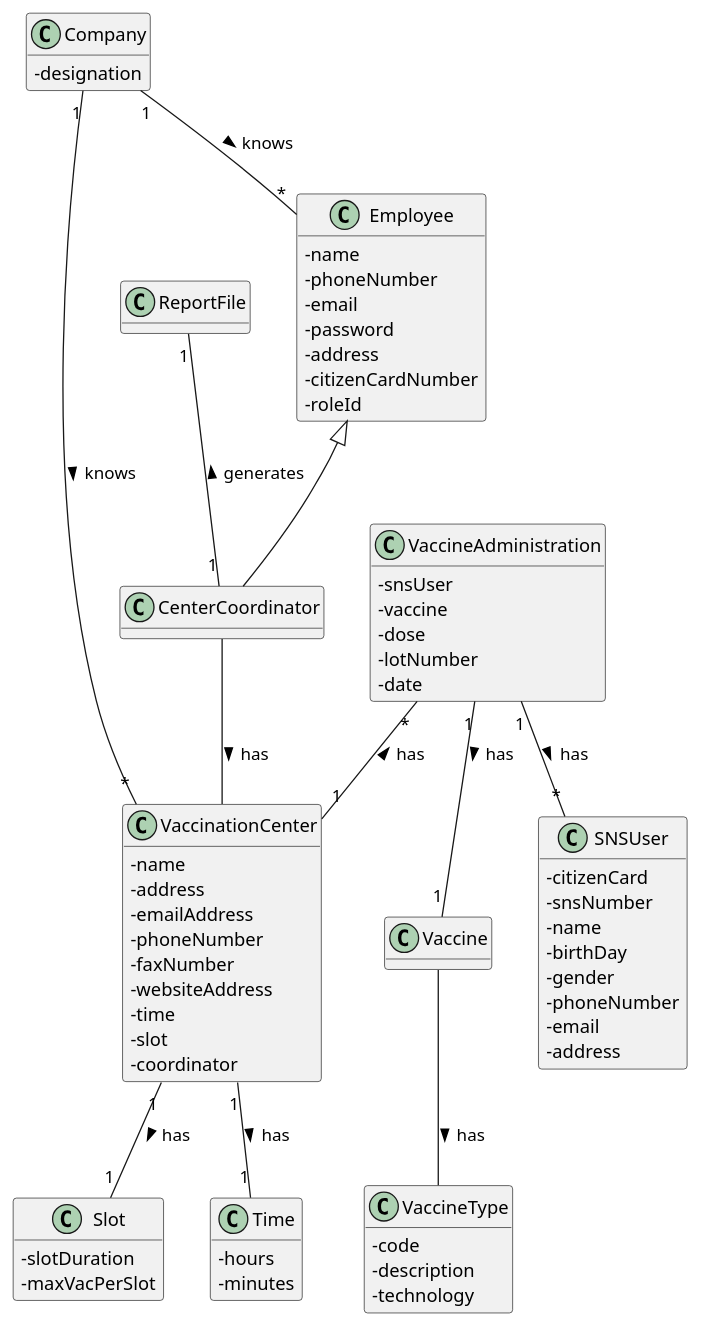
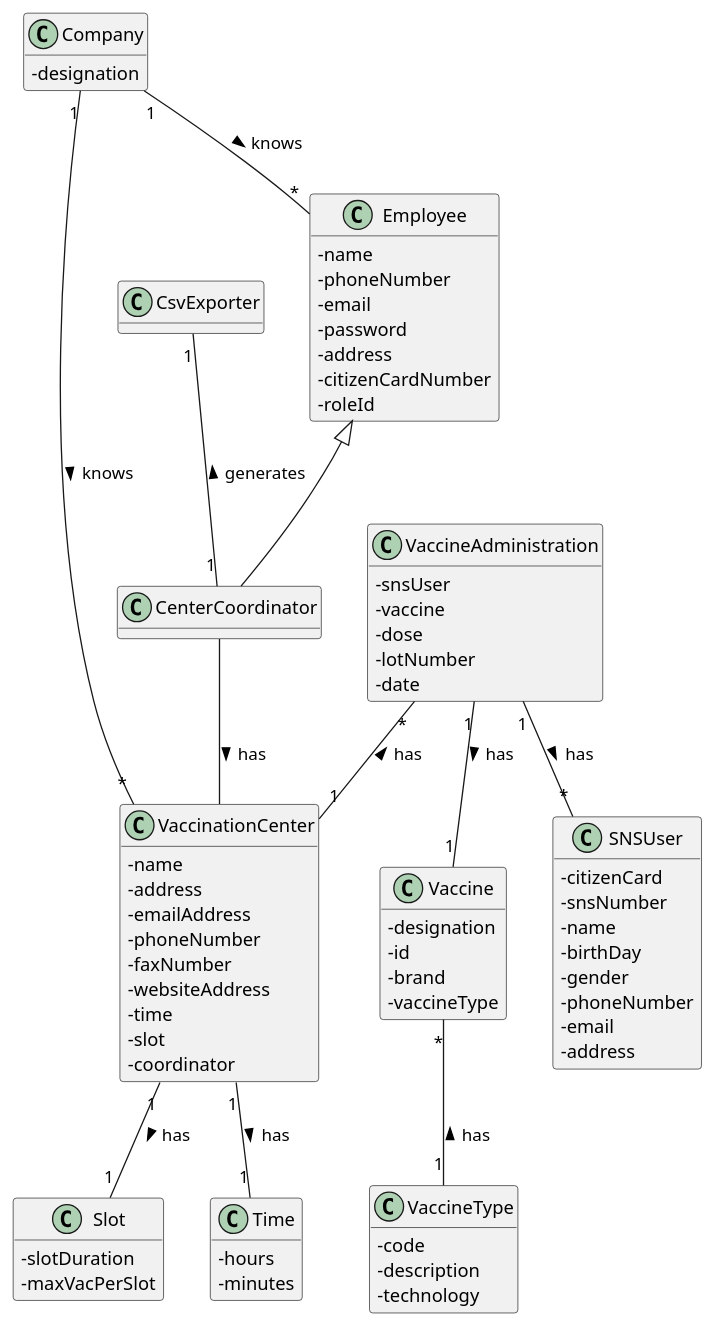
One commit to miseEnPlace-i/lapr2 changed the diagram in docs/SprintD/US15/DM/US15_DM.puml. Above: the diagram before and after it, drawn with PlantUML. The commit also changed 1 other file, not shown here.

```diff
--- a/docs/SprintD/US15/DM/US15_DM.puml
+++ b/docs/SprintD/US15/DM/US15_DM.puml
@@ -1,84 +1,93 @@
 @startuml US15_DM
 hide methods
 skinparam classAttributeIconSize 0
 
 class Company {
   -designation
 }
 
 class CenterCoordinator {}
 
 class Employee {
   -name
   -phoneNumber
   -email
   -password
   -address
   -citizenCardNumber
   -roleId
 }
 
 class VaccinationCenter{
   -name
   -address
   -emailAddress
   -phoneNumber
   -faxNumber
   -websiteAddress
   -time
   -slot
   -coordinator
 }
 
 class Time {
   -hours
   -minutes
 }
 
 class Slot {
   -slotDuration
   -maxVacPerSlot
 }
 
 class VaccineAdministration {
   -snsUser
   -vaccine
   -dose
   -lotNumber
   -date
 }
 
 class SNSUser {
   - citizenCard
   - snsNumber
   - name
   - birthDay
   - gender
   - phoneNumber
   - email
   - address
 }
 
-class ReportFile {}
+class CsvExporter {}
 
-class Vaccine {}
+class Vaccine {
+  -designation
+  -id
+  -brand
+  -vaccineType
+}
 
 class VaccineType {
   -code 
   -description
   -technology
 }
 
 Company "1" -- "*" Employee : knows >
+Company "1" -- "*" VaccinationCenter : knows >
+
 Employee <|-- CenterCoordinator
+
 CenterCoordinator -- VaccinationCenter : has >
+
 VaccinationCenter "1" -- "1" Time : has >
 VaccinationCenter "1"-- "1" Slot : has >
-ReportFile "1" -- "1" CenterCoordinator : generates <
+CsvExporter "1" -- "1" CenterCoordinator : generates <
+
 VaccineAdministration "*" -- "1" VaccinationCenter : has <
 VaccineAdministration "1" -- "*" SNSUser : has >
 VaccineAdministration "1" -- "1" Vaccine : has > 
-Vaccine -- VaccineType : has >
-Company "1" -- "*" VaccinationCenter : knows >
+Vaccine "*" -- "1" VaccineType : has <
 
 @enduml
```
